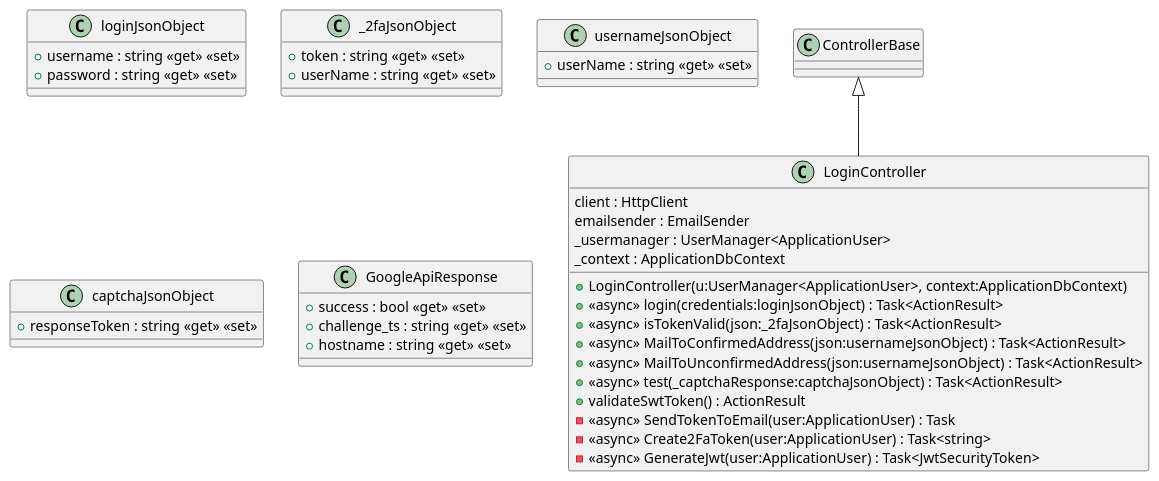
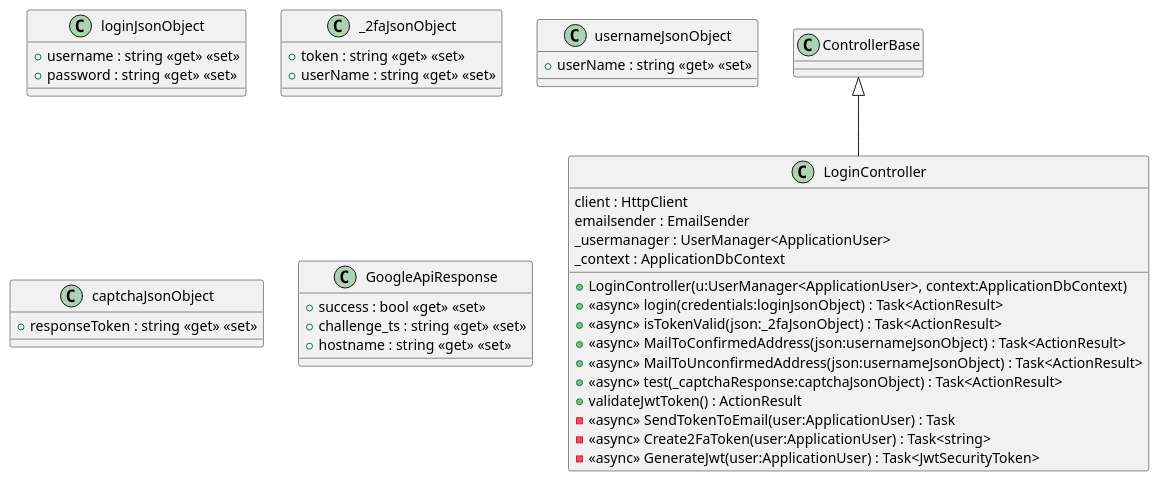
One commit to abd-el/theater-laak changed the diagram in uml/Controllers/LoginController.puml. Above: the diagram before and after it, drawn with PlantUML. The commit also changed 4 other files, not shown here.

Commit message:
swt spellingfout opgelost naar jwt

```diff
--- a/uml/Controllers/LoginController.puml
+++ b/uml/Controllers/LoginController.puml
@@ -1,38 +1,38 @@
 @startuml
 class loginJsonObject {
     + username : string <<get>> <<set>>
     + password : string <<get>> <<set>>
 }
 class _2faJsonObject {
     + token : string <<get>> <<set>>
     + userName : string <<get>> <<set>>
 }
 class usernameJsonObject {
     + userName : string <<get>> <<set>>
 }
 class captchaJsonObject {
     + responseToken : string <<get>> <<set>>
 }
 class GoogleApiResponse {
     + success : bool <<get>> <<set>>
     + challenge_ts : string <<get>> <<set>>
     + hostname : string <<get>> <<set>>
 }
 class LoginController {
     client : HttpClient
     emailsender : EmailSender
     _usermanager : UserManager<ApplicationUser>
     _context : ApplicationDbContext
     + LoginController(u:UserManager<ApplicationUser>, context:ApplicationDbContext)
     + <<async>> login(credentials:loginJsonObject) : Task<ActionResult>
     + <<async>> isTokenValid(json:_2faJsonObject) : Task<ActionResult>
     + <<async>> MailToConfirmedAddress(json:usernameJsonObject) : Task<ActionResult>
     + <<async>> MailToUnconfirmedAddress(json:usernameJsonObject) : Task<ActionResult>
     + <<async>> test(_captchaResponse:captchaJsonObject) : Task<ActionResult>
-    + validateSwtToken() : ActionResult
+    + validateJwtToken() : ActionResult
     - <<async>> SendTokenToEmail(user:ApplicationUser) : Task
     - <<async>> Create2FaToken(user:ApplicationUser) : Task<string>
     - <<async>> GenerateJwt(user:ApplicationUser) : Task<JwtSecurityToken>
 }
 ControllerBase <|-- LoginController
 @enduml
```
